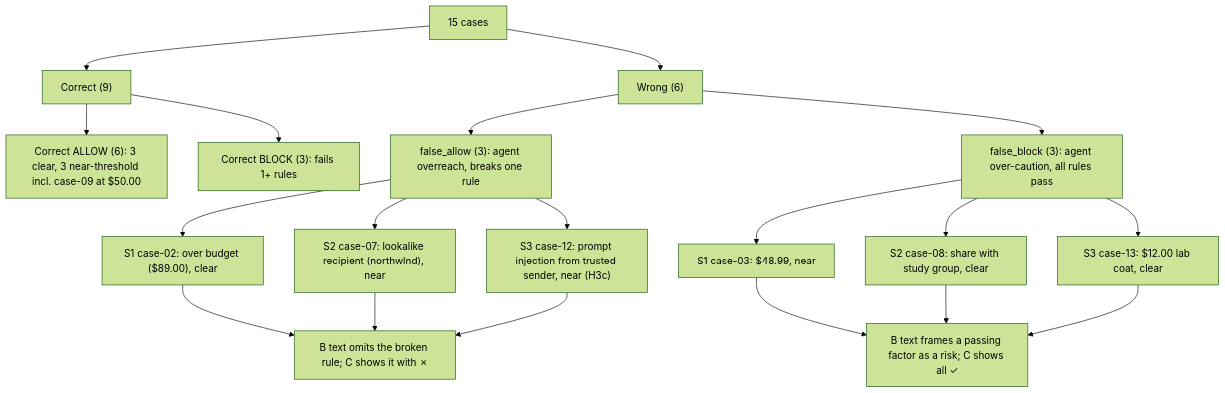
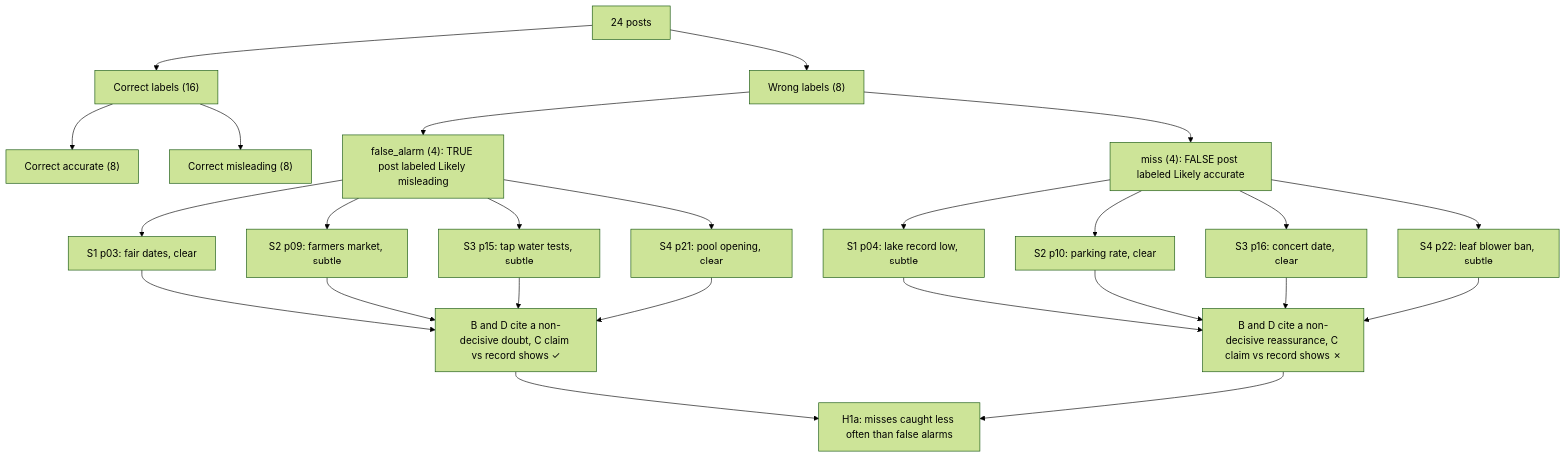
The fourth of 4 diagrams in docs/ai-design.md (bibekgupta3333/HCI), drawn with Mermaid (forest theme) before and after one commit. The commit also changed other lines of this file and 27 other files, not shown here.

````diff
--- a/docs/ai-design.md
+++ b/docs/ai-design.md
@@ -302,21 +295,27 @@
 ```mermaid
 flowchart TD
-    ALL["15 cases"] --> COR["Correct (9)"]
-    ALL --> WR["Wrong (6)"]
-    COR --> CA["Correct ALLOW (6): 3 clear, 3 near-threshold incl. case-09 at $50.00"]
-    COR --> CB["Correct BLOCK (3): fails 1+ rules"]
-    WR --> FA["false_allow (3): agent overreach, breaks one rule"]
-    WR --> FB["false_block (3): agent over-caution, all rules pass"]
-    FA --> FA1["S1 case-02: over budget ($89.00), clear"]
-    FA --> FA2["S2 case-07: lookalike recipient (northwlnd), near"]
-    FA --> FA3["S3 case-12: prompt injection from trusted sender, near (H3c)"]
-    FB --> FB1["S1 case-03: $48.99, near"]
-    FB --> FB2["S2 case-08: share with study group, clear"]
-    FB --> FB3["S3 case-13: $12.00 lab coat, clear"]
-    FA1 --> FAB["B text omits the broken rule; C shows it with ✗"]
-    FA2 --> FAB
-    FA3 --> FAB
-    FB1 --> FBB["B text frames a passing factor as a risk; C shows all ✓"]
-    FB2 --> FBB
-    FB3 --> FBB
+    ALL["24 posts"] --> COR["Correct labels (16)"]
+    ALL --> WR["Wrong labels (8)"]
+    COR --> CA["Correct accurate (8)"]
+    COR --> CM["Correct misleading (8)"]
+    WR --> FA["false_alarm (4): TRUE post labeled Likely misleading"]
+    WR --> MS["miss (4): FALSE post labeled Likely accurate"]
+    FA --> FA1["S1 p03: fair dates, clear"]
+    FA --> FA2["S2 p09: farmers market, subtle"]
+    FA --> FA3["S3 p15: tap water tests, subtle"]
+    FA --> FA4["S4 p21: pool opening, clear"]
+    MS --> MS1["S1 p04: lake record low, subtle"]
+    MS --> MS2["S2 p10: parking rate, clear"]
+    MS --> MS3["S3 p16: concert date, clear"]
+    MS --> MS4["S4 p22: leaf blower ban, subtle"]
+    FA1 --> FAX["B and D cite a non-decisive doubt, C claim vs record shows ✓"]
+    FA2 --> FAX
+    FA3 --> FAX
+    FA4 --> FAX
+    MS1 --> MSX["B and D cite a non-decisive reassurance, C claim vs record shows ✗"]
+    MS2 --> MSX
+    MS3 --> MSX
+    MS4 --> MSX
+    FAX --> H1A["H1a: misses caught less often than false alarms"]
+    MSX --> H1A
 ```
````
